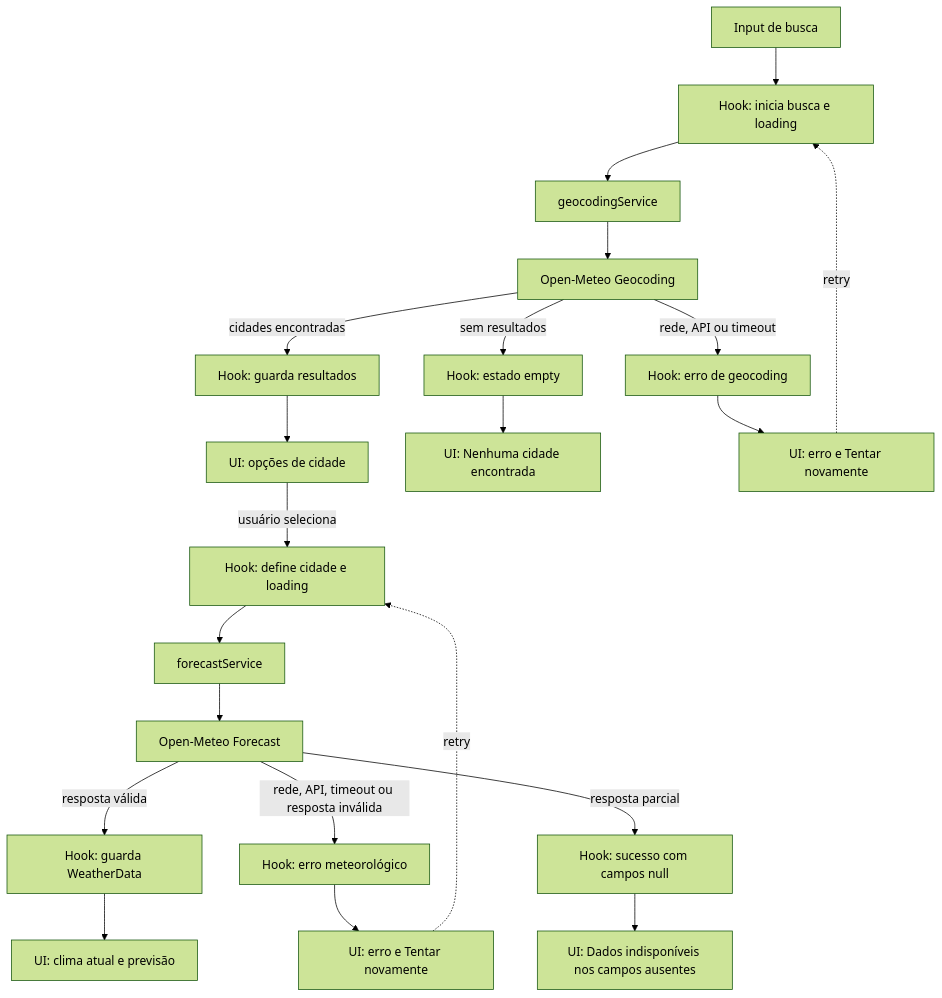
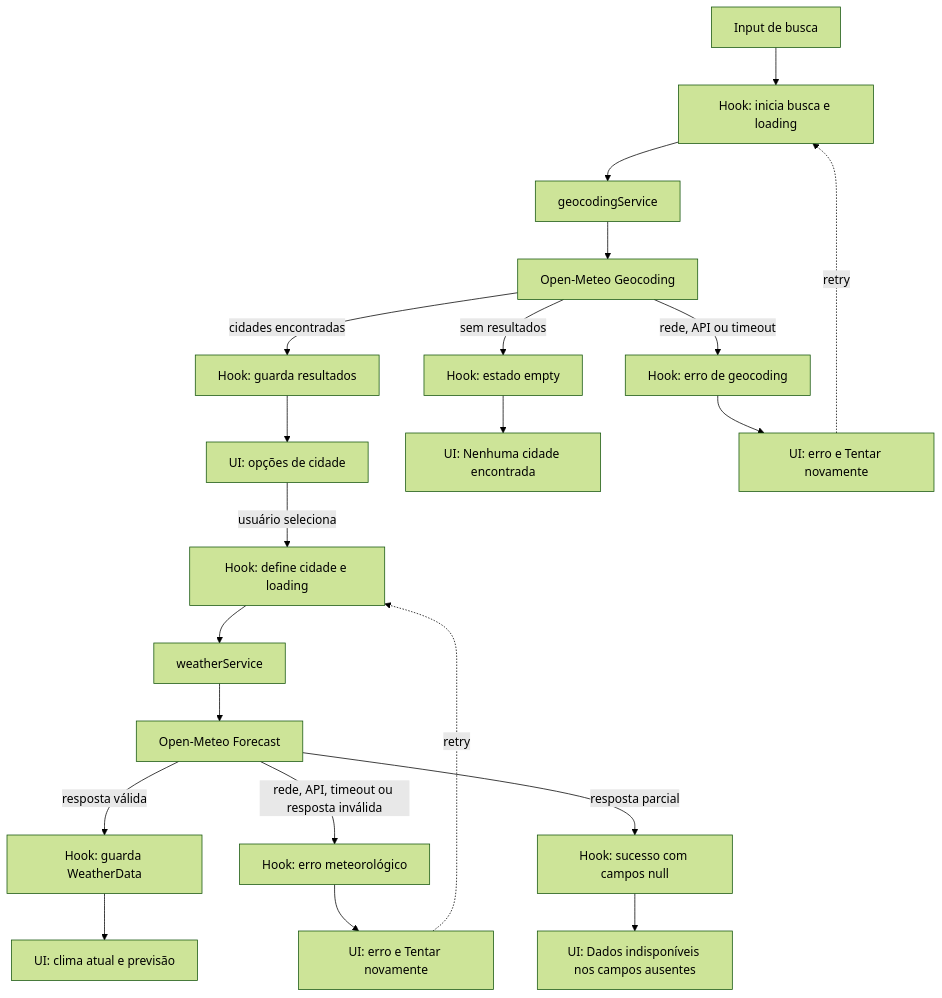
Before and after one commit to treinamentos-mpba/dev-pods-sdd-wheather-app-AllanaCampos: the diagram in plans/weather-app-plan.md, drawn with Mermaid (forest theme). The commit also changed other lines of this file, not shown here.

````diff
--- a/plans/weather-app-plan.md
+++ b/plans/weather-app-plan.md
@@ -105,23 +115,23 @@
 ```mermaid
 flowchart TD
 	A["Input de busca"] --> B["Hook: inicia busca e loading"]
 	B --> C["geocodingService"]
 	C --> D["Open-Meteo Geocoding"]
 	D -->|"cidades encontradas"| E["Hook: guarda resultados"]
 	E --> F["UI: opções de cidade"]
 	F -->|"usuário seleciona"| G["Hook: define cidade e loading"]
-	G --> H["forecastService"]
+	G --> H["weatherService"]
 	H --> I["Open-Meteo Forecast"]
 	I -->|"resposta válida"| J["Hook: guarda WeatherData"]
 	J --> K["UI: clima atual e previsão"]
 	D -->|"sem resultados"| L["Hook: estado empty"]
 	L --> M["UI: Nenhuma cidade encontrada"]
 	D -->|"rede, API ou timeout"| N["Hook: erro de geocoding"]
 	N --> O["UI: erro e Tentar novamente"]
 	I -->|"rede, API, timeout ou resposta inválida"| P["Hook: erro meteorológico"]
 	P --> Q["UI: erro e Tentar novamente"]
 	I -->|"resposta parcial"| R["Hook: sucesso com campos null"]
 	R --> S["UI: Dados indisponíveis nos campos ausentes"]
 	O -.->|"retry"| B
 	Q -.->|"retry"| G
 ```
````
